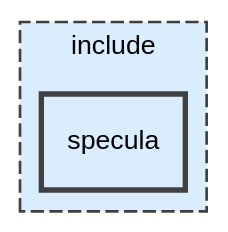
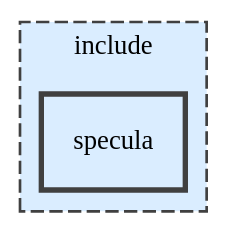
Before and after one commit to LuxAter/Specula: the diagram in dir_26db96966dabc582ccddf970f4208118_dep.dot, drawn with Graphviz. The commit also changed 44 other files, not shown here.

```diff
--- a/dir_26db96966dabc582ccddf970f4208118_dep.dot
+++ b/dir_26db96966dabc582ccddf970f4208118_dep.dot
@@ -1,12 +1,12 @@
 digraph "include/specula"
 {
  // LATEX_PDF_SIZE
   bgcolor="transparent";
-  edge [fontname="Helvetica",fontsize="10",labelfontname="Helvetica",labelfontsize="10"];
-  node [fontname="Helvetica",fontsize="10",shape=record];
+  edge [fontname="Iosevka",fontsize="10",labelfontname="Iosevka",labelfontsize="10"];
+  node [fontname="Iosevka",fontsize="10",shape=record];
   compound=true
   subgraph clusterdir_d44c64559bbebec7f509842c48db8b23 {
-    graph [ bgcolor="#daedff", pencolor="grey25", style="filled,dashed,", label="include", fontname="Helvetica", fontsize="10", URL="dir_d44c64559bbebec7f509842c48db8b23.html"]
+    graph [ bgcolor="#daedff", pencolor="grey25", style="filled,dashed,", label="include", fontname="Iosevka", fontsize="10", URL="dir_d44c64559bbebec7f509842c48db8b23.html"]
   dir_26db96966dabc582ccddf970f4208118 [shape=box, label="specula", style="filled,bold,", fillcolor="#daedff", color="grey25", URL="dir_26db96966dabc582ccddf970f4208118.html"];
   }
 }
```
